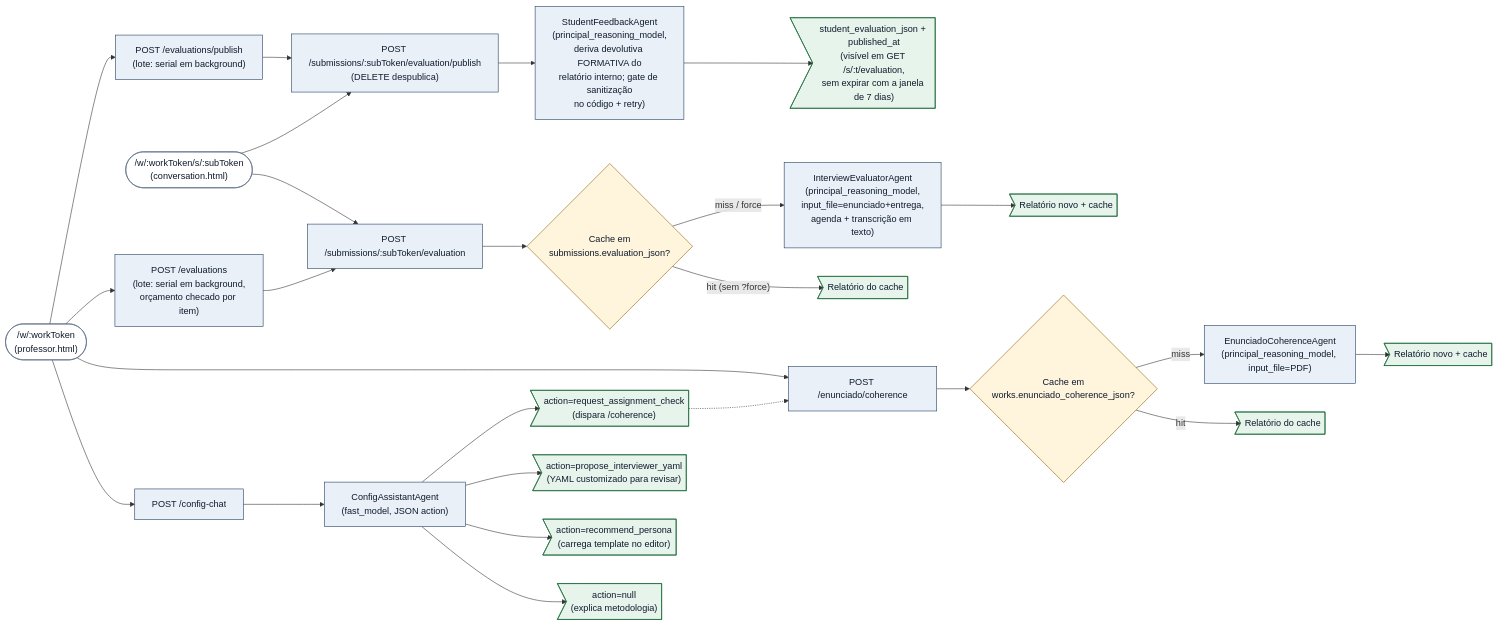
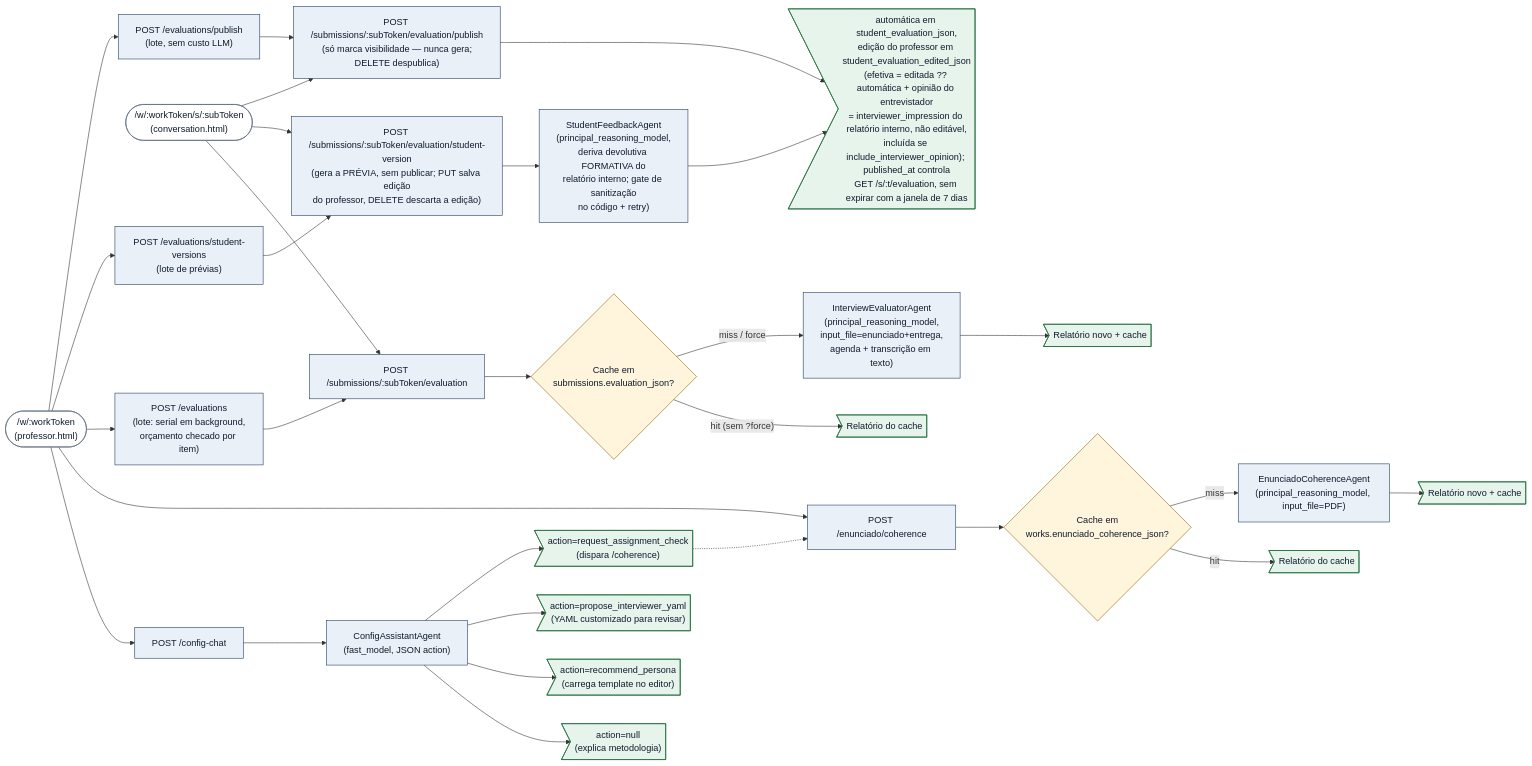
The second of 2 diagrams in docs/architecture.md (gladsjr/super-ta), drawn with Mermaid before and after one commit. The commit also changed other lines of this file and 9 other files, not shown here.

First line of the commit message:
Revisão prévia e edição da devolutiva antes de publicar (#9)

````diff
--- a/docs/architecture.md
+++ b/docs/architecture.md
@@ -128,45 +128,49 @@
 ```mermaid
 flowchart LR
   ProfUI(["/w/:workToken<br/>(professor.html)"]) --> ChatHandler["POST /config-chat"]
   ProfUI --> CoherenceHandler["POST /enunciado/coherence"]
   ConvUI(["/w/:workToken/s/:subToken<br/>(conversation.html)"]) --> EvalHandler["POST /submissions/:subToken/evaluation"]
   ProfUI --> BatchHandler["POST /evaluations<br/>(lote: serial em background,<br/>orçamento checado por item)"]
   BatchHandler --> EvalHandler
 
   EvalHandler --> EvalCache{"Cache em<br/>submissions.evaluation_json?"}
   EvalCache -- "hit (sem ?force)" --> OutEvalCached>"Relatório do cache"]
   EvalCache -- "miss / force" --> EvalAgent["InterviewEvaluatorAgent<br/>(principal_reasoning_model,<br/>input_file=enunciado+entrega,<br/>agenda + transcrição em texto)"]
   EvalAgent --> OutEvalFresh>"Relatório novo + cache"]
 
-  ConvUI --> PublishHandler["POST /submissions/:subToken/evaluation/publish<br/>(DELETE despublica)"]
-  ProfUI --> PublishBatch["POST /evaluations/publish<br/>(lote: serial em background)"]
+  ConvUI --> DeriveHandler["POST /submissions/:subToken/evaluation/student-version<br/>(gera a PRÉVIA, sem publicar; PUT salva edição<br/>do professor, DELETE descarta a edição)"]
+  ProfUI --> DeriveBatch["POST /evaluations/student-versions<br/>(lote de prévias)"]
+  DeriveBatch --> DeriveHandler
+  DeriveHandler --> FeedbackAgent["StudentFeedbackAgent<br/>(principal_reasoning_model,<br/>deriva devolutiva FORMATIVA do<br/>relatório interno; gate de sanitização<br/>no código + retry)"]
+  ConvUI --> PublishHandler["POST /submissions/:subToken/evaluation/publish<br/>(só marca visibilidade — nunca gera;<br/>DELETE despublica)"]
+  ProfUI --> PublishBatch["POST /evaluations/publish<br/>(lote, sem custo LLM)"]
   PublishBatch --> PublishHandler
-  PublishHandler --> FeedbackAgent["StudentFeedbackAgent<br/>(principal_reasoning_model,<br/>deriva devolutiva FORMATIVA do<br/>relatório interno; gate de sanitização<br/>no código + retry)"]
-  FeedbackAgent --> OutPublished>"student_evaluation_json + published_at<br/>(visível em GET /s/:t/evaluation,<br/>sem expirar com a janela de 7 dias)"]
+  FeedbackAgent --> OutPublished>"automática em student_evaluation_json,<br/>edição do professor em student_evaluation_edited_json<br/>(efetiva = editada ?? automática + opinião do entrevistador<br/>= interviewer_impression do relatório interno, não editável,<br/>incluída se include_interviewer_opinion); published_at controla<br/>GET /s/:t/evaluation, sem expirar com a janela de 7 dias"]
+  PublishHandler --> OutPublished
 
   ChatHandler --> ConfigAgent["ConfigAssistantAgent<br/>(fast_model, JSON action)"]
   ConfigAgent --> ActExplain>"action=null<br/>(explica metodologia)"]
   ConfigAgent --> ActPersona>"action=recommend_persona<br/>(carrega template no editor)"]
   ConfigAgent --> ActYaml>"action=propose_interviewer_yaml<br/>(YAML customizado para revisar)"]
   ConfigAgent --> ActCheck>"action=request_assignment_check<br/>(dispara /coherence)"]
   ActCheck -.-> CoherenceHandler
 
   CoherenceHandler --> Cache{"Cache em<br/>works.enunciado_coherence_json?"}
   Cache -- "hit" --> OutCached>"Relatório do cache"]
   Cache -- "miss" --> CoherenceAgent["EnunciadoCoherenceAgent<br/>(principal_reasoning_model, input_file=PDF)"]
   CoherenceAgent --> OutFresh>"Relatório novo + cache"]
 
   classDef agent fill:#eaf0f7,stroke:#1e3a5f,color:#0f1b2d;
   classDef gate  fill:#fff4dc,stroke:#8a6100,color:#0f1b2d;
   classDef out   fill:#e7f4eb,stroke:#1f6c3b,color:#0f1b2d;
   classDef entry fill:#ffffff,stroke:#5a6b80,color:#0f1b2d;
-  class ChatHandler,CoherenceHandler,ConfigAgent,CoherenceAgent,EvalHandler,BatchHandler,EvalAgent,PublishHandler,PublishBatch,FeedbackAgent agent
+  class ChatHandler,CoherenceHandler,ConfigAgent,CoherenceAgent,EvalHandler,BatchHandler,EvalAgent,DeriveHandler,DeriveBatch,PublishHandler,PublishBatch,FeedbackAgent agent
   class Cache,EvalCache gate
   class ActExplain,ActPersona,ActYaml,ActCheck,OutCached,OutFresh,OutEvalCached,OutEvalFresh,OutPublished out
   class ProfUI,ConvUI entry
 
   click ConfigAgent "vscode://file/c:/Users/glads/src/super-ta/agents/ConfigAssistantAgent.js" "Abre ConfigAssistantAgent"
   click CoherenceAgent "vscode://file/c:/Users/glads/src/super-ta/agents/EnunciadoCoherenceAgent.js" "Abre EnunciadoCoherenceAgent"
   click EvalAgent "vscode://file/c:/Users/glads/src/super-ta/agents/InterviewEvaluatorAgent.js:162" "Abre o systemPromptBody do InterviewEvaluatorAgent"
   click FeedbackAgent "vscode://file/c:/Users/glads/src/super-ta/agents/StudentFeedbackAgent.js:74" "Abre o systemPromptBody do StudentFeedbackAgent"
 ```
````
